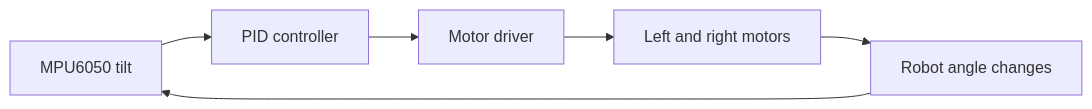
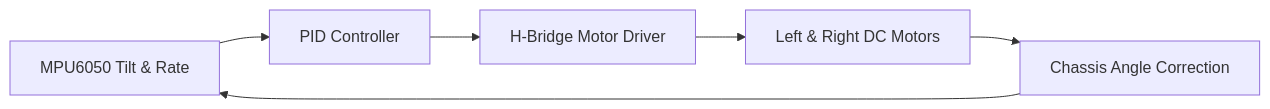
Before and after one commit to AloeVeraZ/CityTechClubProjects: the diagram in self-balancing-robot/README.md, drawn with Mermaid. The commit also changed other lines of this file and 9 other files, not shown here.

````diff
--- a/self-balancing-robot/README.md
+++ b/self-balancing-robot/README.md
@@ -87,8 +85,8 @@
 ```mermaid
 flowchart LR
-    I["MPU6050 tilt"] --> C["PID controller"]
-    C --> D["Motor driver"]
-    D --> M["Left and right motors"]
-    M --> R["Robot angle changes"]
+    I["MPU6050 Tilt & Rate"] --> C["PID Controller"]
+    C --> D["H-Bridge Motor Driver"]
+    D --> M["Left & Right DC Motors"]
+    M --> R["Chassis Angle Correction"]
     R --> I
 ```
````
